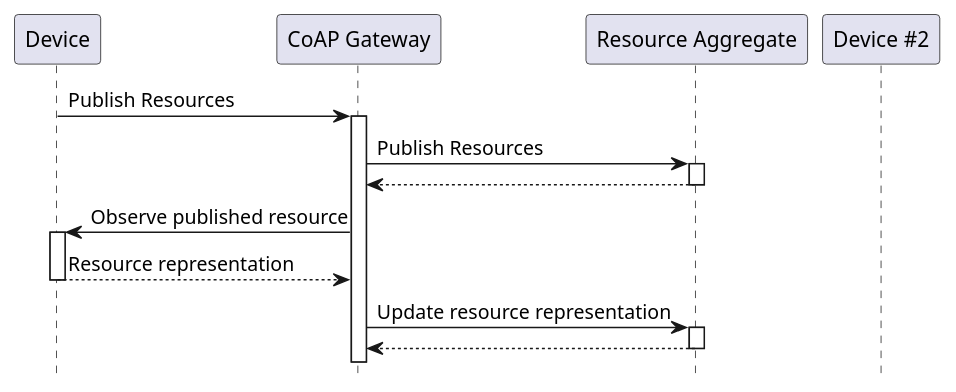
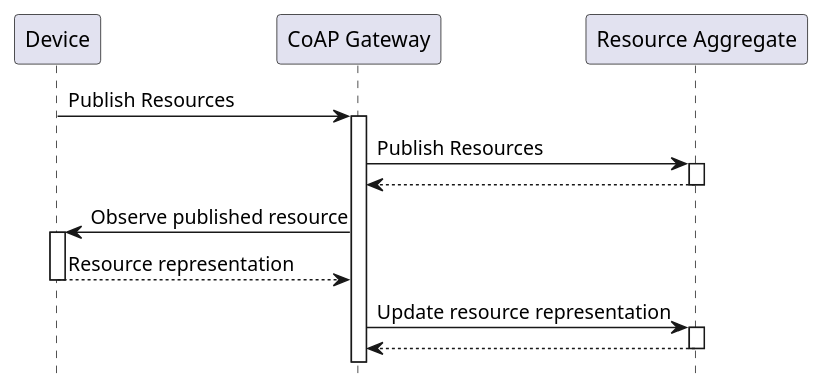
One commit to plgd-dev/hub changed the fourth of 5 diagrams in docs/guide/architecture/system-overview.md. Above: the diagram before and after it, drawn with PlantUML. The commit also changed other lines of this file and 12 other files, not shown here.

```diff
--- a/docs/guide/architecture/system-overview.md
+++ b/docs/guide/architecture/system-overview.md
@@ -125,17 +147,16 @@
 @startuml Sequence
 hide footbox
 
 participant D as "Device"
 participant CGW as "CoAP Gateway"
 participant RA as "Resource Aggregate"
-participant D2 as "Device #2"
 
 D -> CGW ++: Publish Resources
 CGW -> RA ++: Publish Resources
 return
 CGW -> D ++: Observe published resource
 return Resource representation
 CGW -> RA ++: Update resource representation
 return
 
 @enduml
```
